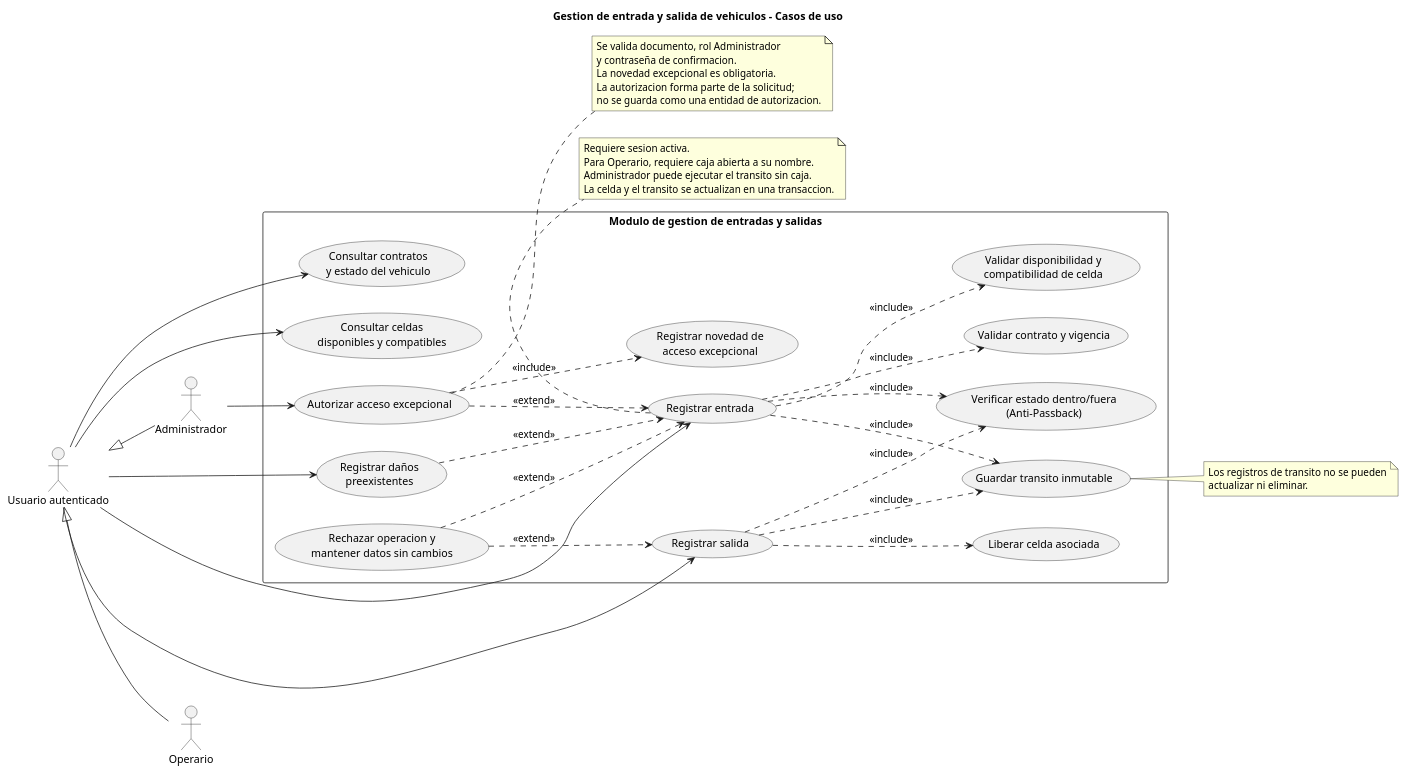
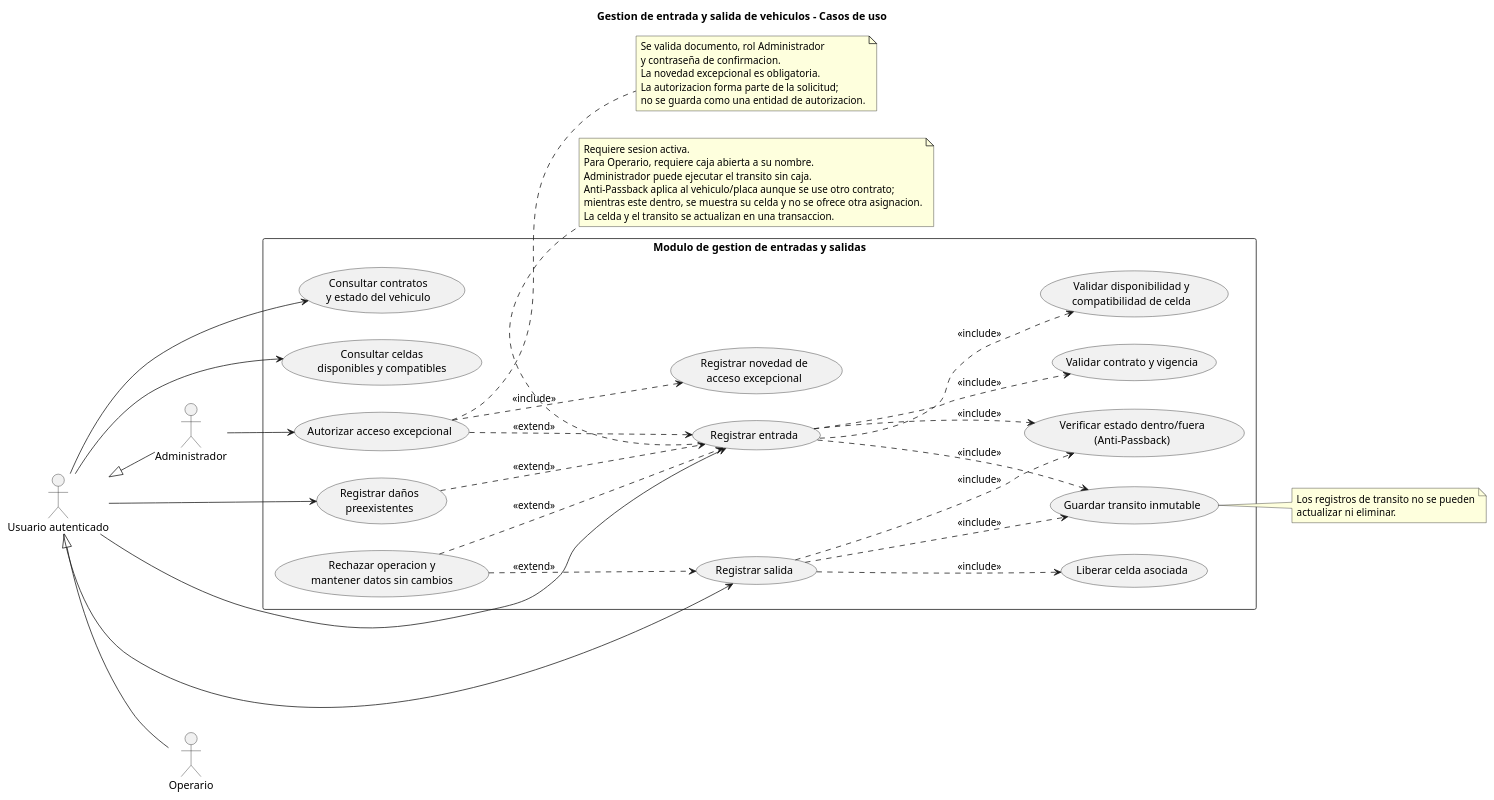
Before and after one commit to 1J3G/parqueadero-colombia: the first of 2 diagrams in docs/casos-uso-y-clases-entradas-salidas.puml, drawn with PlantUML. The commit also changed other lines of this file and 41 other files, not shown here.

```diff
--- a/docs/casos-uso-y-clases-entradas-salidas.puml
+++ b/docs/casos-uso-y-clases-entradas-salidas.puml
@@ -1,67 +1,69 @@
 @startuml Casos de uso - Entradas y salidas
 title Gestion de entrada y salida de vehiculos - Casos de uso
 left to right direction
 skinparam packageStyle rectangle
 
 actor "Usuario autenticado" as Usuario
 actor "Operario" as Operario
 actor "Administrador" as Administrador
 Usuario <|-- Operario
 Usuario <|-- Administrador
 
 rectangle "Modulo de gestion de entradas y salidas" {
   usecase "Consultar contratos\ny estado del vehiculo" as UCContratos
   usecase "Consultar celdas\ndisponibles y compatibles" as UCCeldas
   usecase "Registrar entrada" as UCEntrada
   usecase "Validar contrato y vigencia" as UCContrato
   usecase "Verificar estado dentro/fuera\n(Anti-Passback)" as UCAntiPassback
   usecase "Validar disponibilidad y\ncompatibilidad de celda" as UCCeldaValida
   usecase "Registrar daños\npreexistentes" as UCDanos
   usecase "Autorizar acceso excepcional" as UCExcepcional
   usecase "Registrar novedad de\nacceso excepcional" as UCNovedadEx
   usecase "Registrar salida" as UCSalida
   usecase "Liberar celda asociada" as UCLiberar
   usecase "Guardar transito inmutable" as UCTransito
   usecase "Rechazar operacion y\nmantener datos sin cambios" as UCRechazo
 }
 
 Usuario --> UCContratos
 Usuario --> UCCeldas
 Usuario --> UCEntrada
 Usuario --> UCSalida
 Usuario --> UCDanos
 Administrador --> UCExcepcional
 
 UCEntrada ..> UCContrato : <<include>>
 UCEntrada ..> UCAntiPassback : <<include>>
 UCEntrada ..> UCCeldaValida : <<include>>
 UCEntrada ..> UCTransito : <<include>>
 UCDanos ..> UCEntrada : <<extend>>
 UCExcepcional ..> UCEntrada : <<extend>>
 UCExcepcional ..> UCNovedadEx : <<include>>
 UCSalida ..> UCAntiPassback : <<include>>
 UCSalida ..> UCLiberar : <<include>>
 UCSalida ..> UCTransito : <<include>>
 UCRechazo ..> UCEntrada : <<extend>>
 UCRechazo ..> UCSalida : <<extend>>
 
 note bottom of UCEntrada
   Requiere sesion activa.
   Para Operario, requiere caja abierta a su nombre.
   Administrador puede ejecutar el transito sin caja.
+  Anti-Passback aplica al vehiculo/placa aunque se use otro contrato;
+  mientras este dentro, se muestra su celda y no se ofrece otra asignacion.
   La celda y el transito se actualizan en una transaccion.
 end note
 
 note right of UCExcepcional
   Se valida documento, rol Administrador
   y contraseña de confirmacion.
   La novedad excepcional es obligatoria.
   La autorizacion forma parte de la solicitud;
   no se guarda como una entidad de autorizacion.
 end note
 
 note right of UCTransito
   Los registros de transito no se pueden
   actualizar ni eliminar.
 end note
 @enduml
```
